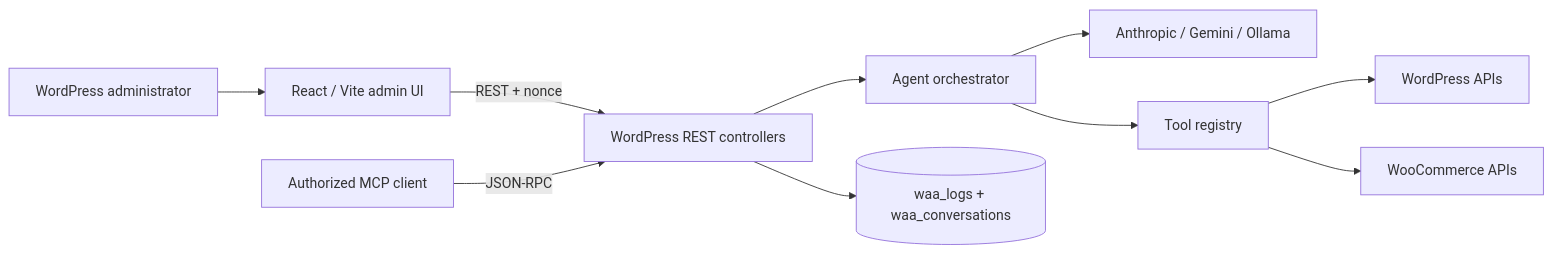
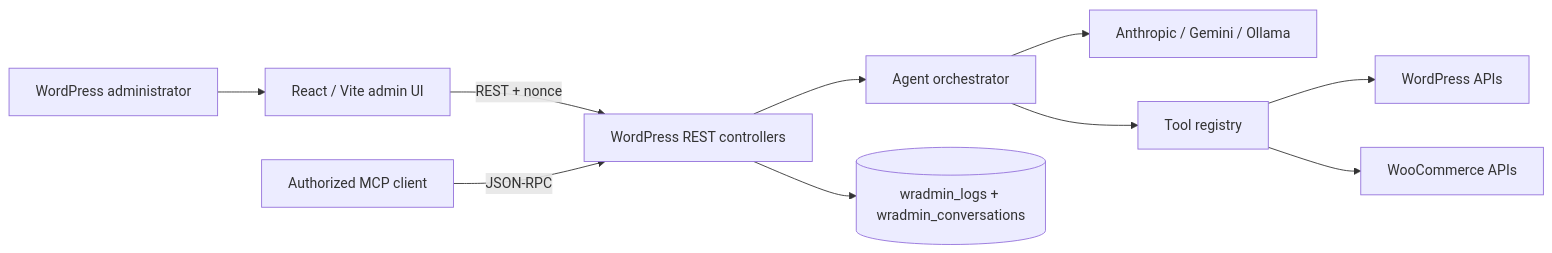
The first of 2 diagrams in docs/architecture.md (williamduong/wp-admin-agent), drawn with Mermaid before and after one commit. The commit also changed other lines of this file and 78 other files, not shown here.

````diff
--- a/docs/architecture.md
+++ b/docs/architecture.md
@@ -5,12 +5,12 @@
 ```mermaid
 flowchart LR
     ADMIN[WordPress administrator] --> UI[React / Vite admin UI]
     UI -->|REST + nonce| API[WordPress REST controllers]
     API --> AGENT[Agent orchestrator]
     AGENT --> PROVIDER[Anthropic / Gemini / Ollama]
     AGENT --> REGISTRY[Tool registry]
     REGISTRY --> WP[WordPress APIs]
     REGISTRY --> WC[WooCommerce APIs]
-    API --> TABLES[(waa_logs + waa_conversations)]
+    API --> TABLES[(wradmin_logs + wradmin_conversations)]
     CLIENT[Authorized MCP client] -->|JSON-RPC| API
 ```
````
